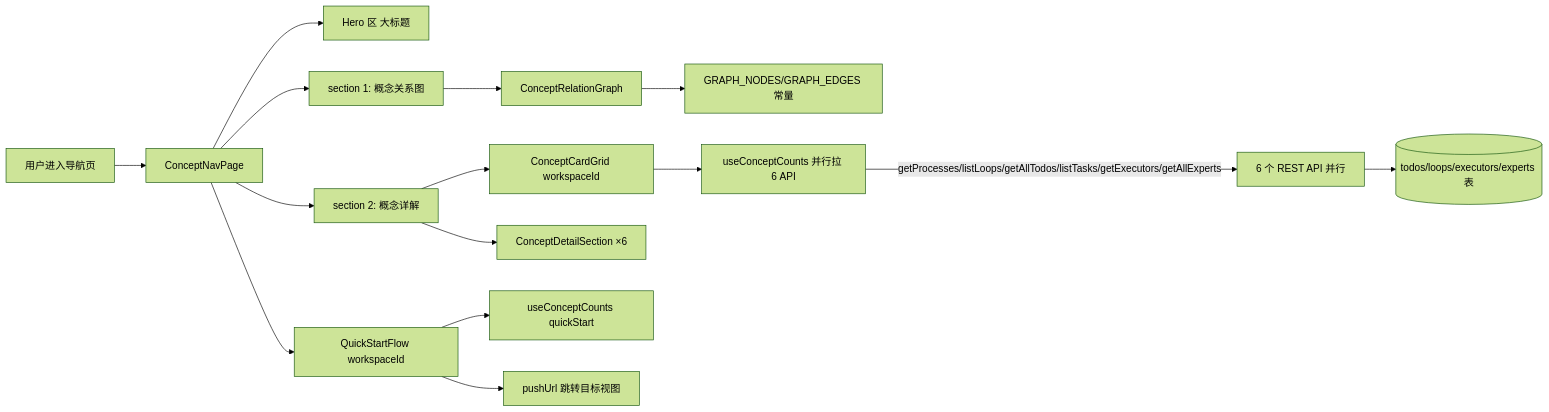
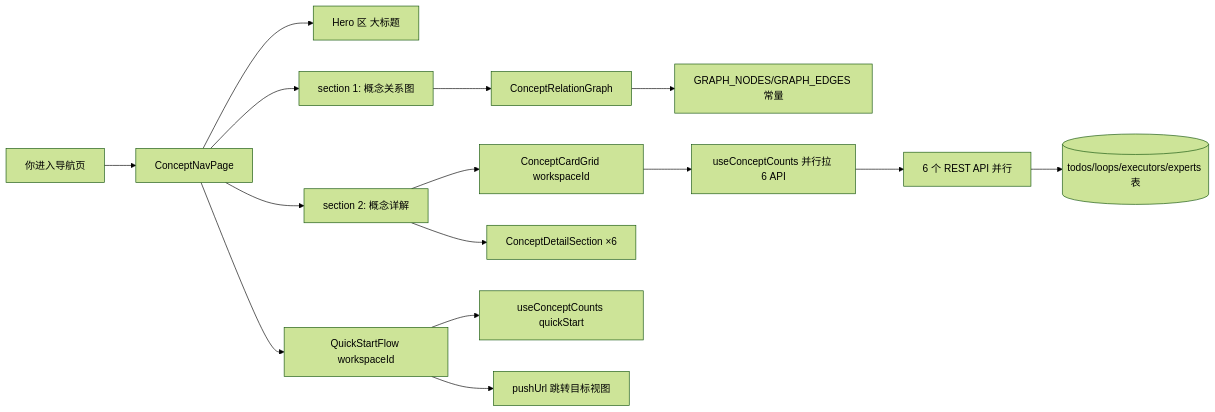
Before and after one commit to weibaohui/ntd: the diagram in frontend/src/help/pages/onboarding.md, drawn with Mermaid (forest theme). The commit also changed other lines of this file and 9 other files, not shown here.

````diff
--- a/frontend/src/help/pages/onboarding.md
+++ b/frontend/src/help/pages/onboarding.md
@@ -13,17 +28,17 @@
 ```mermaid
 flowchart LR
-  U[用户进入导航页] --> CNP["ConceptNavPage"]
-  CNP --> HERO["Hero 区 大标题"]
-  CNP --> SEC1["section 1: 概念关系图"]
-  SEC1 --> CRG["ConceptRelationGraph"]
-  CRG --> NODES["GRAPH_NODES/GRAPH_EDGES 常量"]
-  CNP --> SEC2["section 2: 概念详解"]
-  SEC2 --> CCG["ConceptCardGrid workspaceId"]
-  SEC2 --> CDS["ConceptDetailSection ×6"]
-  CCG --> UCC["useConceptCounts 并行拉 6 API"]
-  UCC --"getProcesses/listLoops/getAllTodos/listTasks/getExecutors/getAllExperts"--> API["6 个 REST API 并行"]
+  U[你进入导航页] --> CNP[ConceptNavPage]
+  CNP --> HERO[Hero 区 大标题]
+  CNP --> SEC1[section 1: 概念关系图]
+  SEC1 --> CRG[ConceptRelationGraph]
+  CRG --> NODES[GRAPH_NODES/GRAPH_EDGES 常量]
+  CNP --> SEC2[section 2: 概念详解]
+  SEC2 --> CCG[ConceptCardGrid workspaceId]
+  SEC2 --> CDS[ConceptDetailSection ×6]
+  CCG --> UCC[useConceptCounts 并行拉 6 API]
+  UCC --> API[6 个 REST API 并行]
   API --> DB[(todos/loops/executors/experts 表)]
-  CNP --> QSF["QuickStartFlow workspaceId"]
-  QSF --> UCC2["useConceptCounts quickStart"]
-  QSF --> PUSH["pushUrl 跳转目标视图"]
+  CNP --> QSF[QuickStartFlow workspaceId]
+  QSF --> UCC2[useConceptCounts quickStart]
+  QSF --> PUSH[pushUrl 跳转目标视图]
 ```
````
